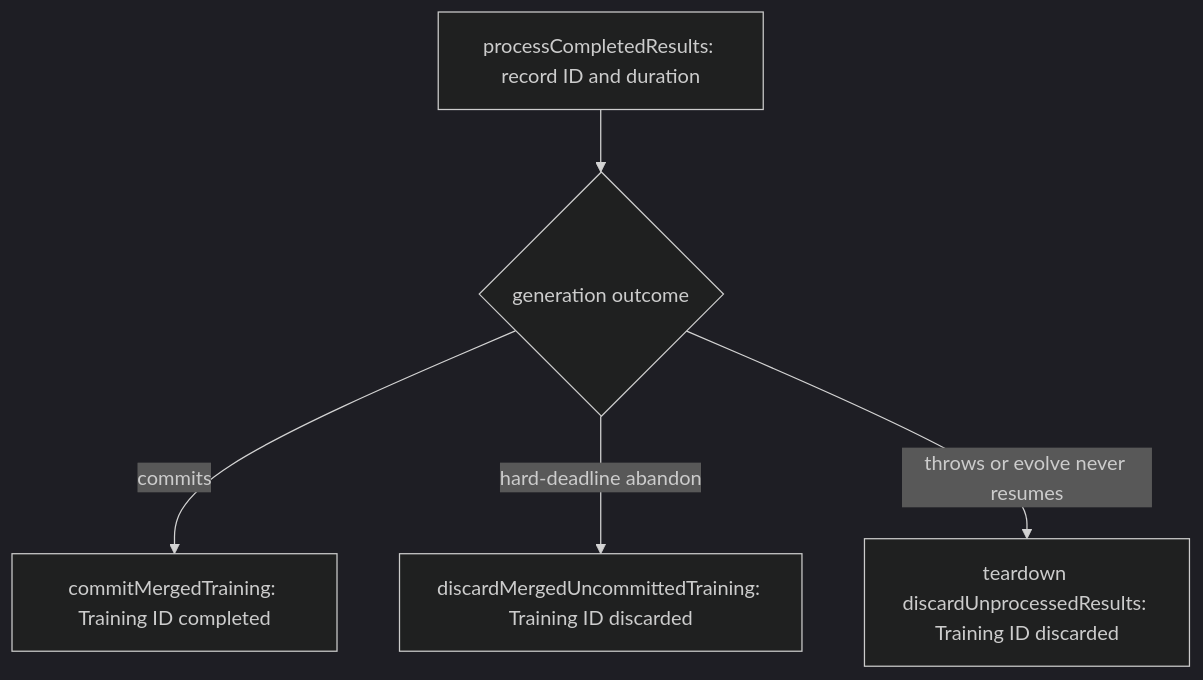
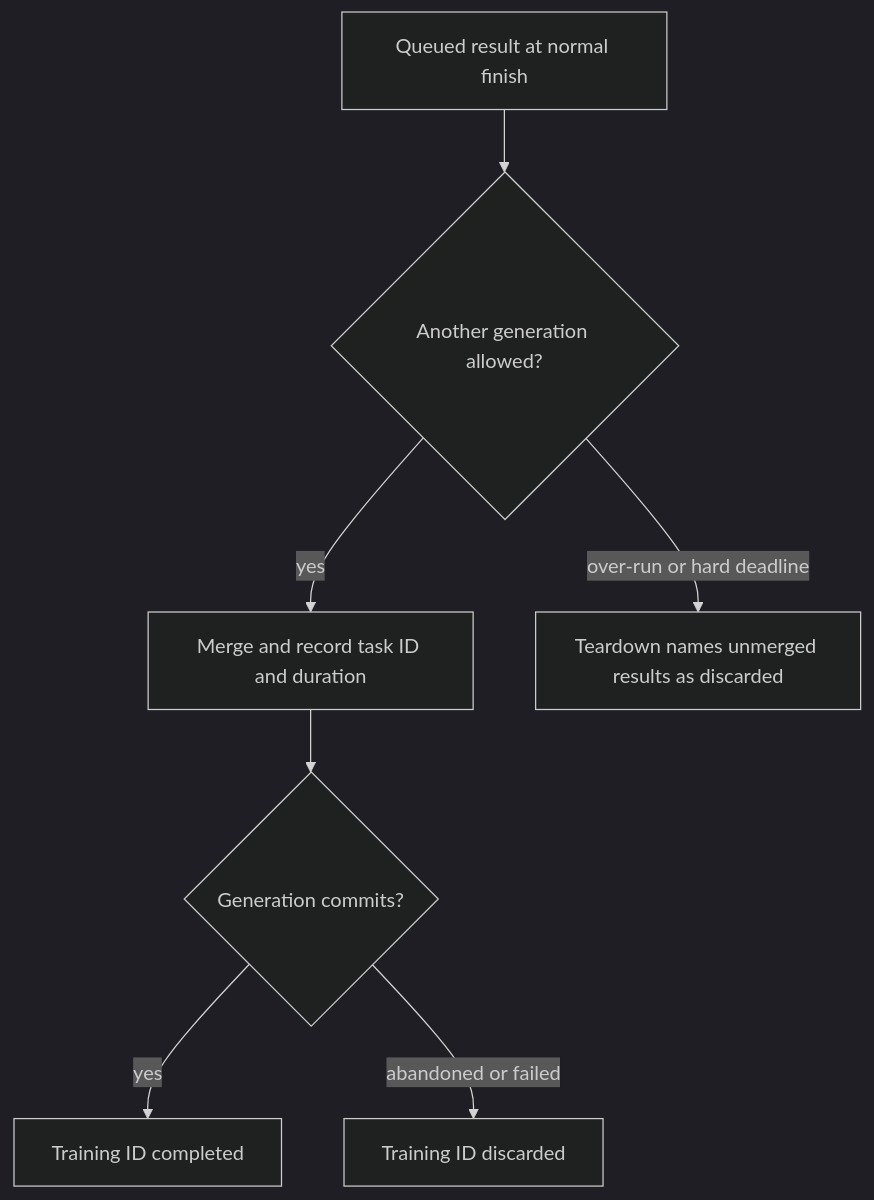
One commit to stSoftwareAU/NEAT-AI changed the diagram in docs/archive/pr-summaries/pr-summary-4099.md. Above: the diagram before and after it, drawn with Mermaid (dark theme). The commit also changed other lines of this file, not shown here.

First line of the commit message:
Record verified timeout paths and current field evidence for #4099

````diff
--- a/docs/archive/pr-summaries/pr-summary-4099.md
+++ b/docs/archive/pr-summaries/pr-summary-4099.md
@@ -50,7 +45,9 @@
 ```mermaid
 flowchart TD
-    M["processCompletedResults: record ID and duration"] --> G{generation outcome}
-    G -- commits --> C["commitMergedTraining: Training ID completed"]
-    G -- hard-deadline abandon --> D["discardMergedUncommittedTraining: Training ID discarded"]
-    G -- throws or evolve never resumes --> T["teardown discardUnprocessedResults: Training ID discarded"]
+    Q[Queued result at normal finish] --> G{Another generation allowed?}
+    G -- yes --> M[Merge and record task ID and duration]
+    M --> C{Generation commits?}
+    C -- yes --> Done[Training ID completed]
+    C -- abandoned or failed --> Drop[Training ID discarded]
+    G -- over-run or hard deadline --> T[Teardown names unmerged results as discarded]
 ```
````
